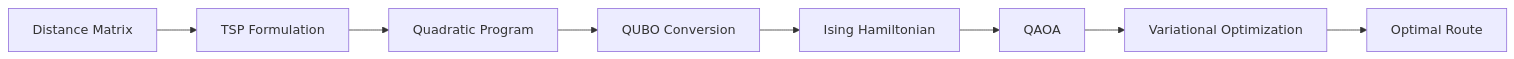
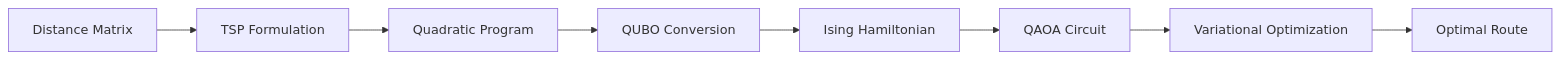
The third of 3 diagrams in README.md (PouliotAlexis/QuantumCT-RTRC-qBraid-Challenge), drawn with Mermaid before and after one commit. The commit also changed other lines of this file, not shown here.

Commit message:
docs: update README mermaid diagrams with detailed process descriptions and circuit specifications

````diff
--- a/README.md
+++ b/README.md
@@ -152,4 +157,4 @@
 ```mermaid
 graph LR
-    A["Distance Matrix"] --> B["TSP Formulation"] --> C["Quadratic Program"] --> D["QUBO Conversion"] --> E["Ising Hamiltonian"] --> F["QAOA"] --> G["Variational Optimization"] --> H["Optimal Route"]
+    A["Distance Matrix"] --> B["TSP Formulation"] --> C["Quadratic Program"] --> D["QUBO Conversion"] --> E["Ising Hamiltonian"] --> F["QAOA Circuit"] --> G["Variational Optimization"] --> H["Optimal Route"]
 ```
````
